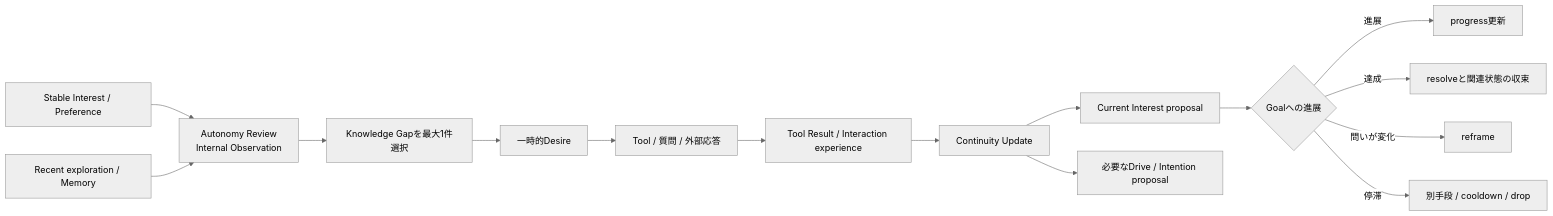
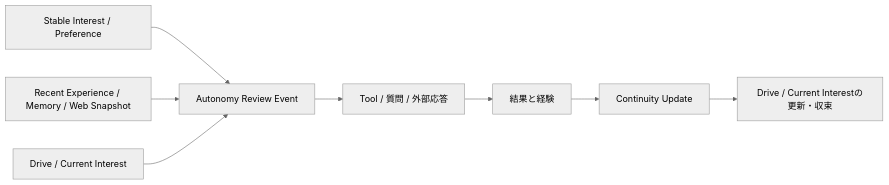
The second of 4 diagrams in docs/ARCHITECTURE.md (if001/social_agent), drawn with Mermaid (neutral theme) before and after one commit. The commit also changed other lines of this file and 11 other files, not shown here.

````diff
--- a/docs/ARCHITECTURE.md
+++ b/docs/ARCHITECTURE.md
@@ -240,17 +238,10 @@
 ```mermaid
 flowchart LR
-    S[Stable Interest / Preference] --> O[Autonomy Review<br/>Internal Observation]
-    H[Recent exploration / Memory] --> O
-    O --> K[Knowledge Gapを最大1件選択]
-    K --> D[一時的Desire]
-    D --> A[Tool / 質問 / 外部応答]
-    A --> E[Tool Result / Interaction experience]
-    E --> P[Continuity Update]
-    P --> C[Current Interest proposal]
-    P --> R[必要なDrive / Intention proposal]
-    C --> N{Goalへの進展}
-    N -->|進展| G[progress更新]
-    N -->|達成| X[resolveと関連状態の収束]
-    N -->|問いが変化| F[reframe]
-    N -->|停滞| W[別手段 / cooldown / drop]
+    S["Stable Interest / Preference"] --> O["Autonomy Review Event"]
+    H["Recent Experience / Memory / Web Snapshot"] --> O
+    D["Drive / Current Interest"] --> O
+    O --> A["Tool / 質問 / 外部応答"]
+    A --> E["結果と経験"]
+    E --> P["Continuity Update"]
+    P --> C["Drive / Current Interestの更新・収束"]
 ```
````
